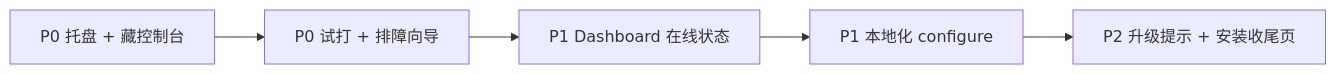
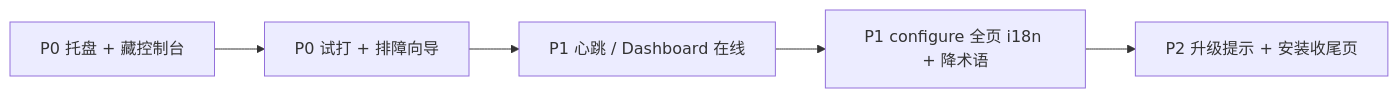
One commit to jianping2024/restaurant-ordering changed the diagram in docs/print-agent-ux-packaging.zh.md. Above: the diagram before and after it, drawn with Mermaid. The commit also changed other lines of this file and 17 other files, not shown here.

````diff
--- a/docs/print-agent-ux-packaging.zh.md
+++ b/docs/print-agent-ux-packaging.zh.md
@@ -56,7 +63,7 @@
 ```mermaid
 flowchart LR
   A[P0 托盘 + 藏控制台] --> B[P0 试打 + 排障向导]
-  B --> C[P1 Dashboard 在线状态]
-  C --> D[P1 本地化 configure]
+  B --> C[P1 心跳 / Dashboard 在线]
+  C --> D[P1 configure 全页 i18n + 降术语]
   D --> E[P2 升级提示 + 安装收尾页]
 ```
````
